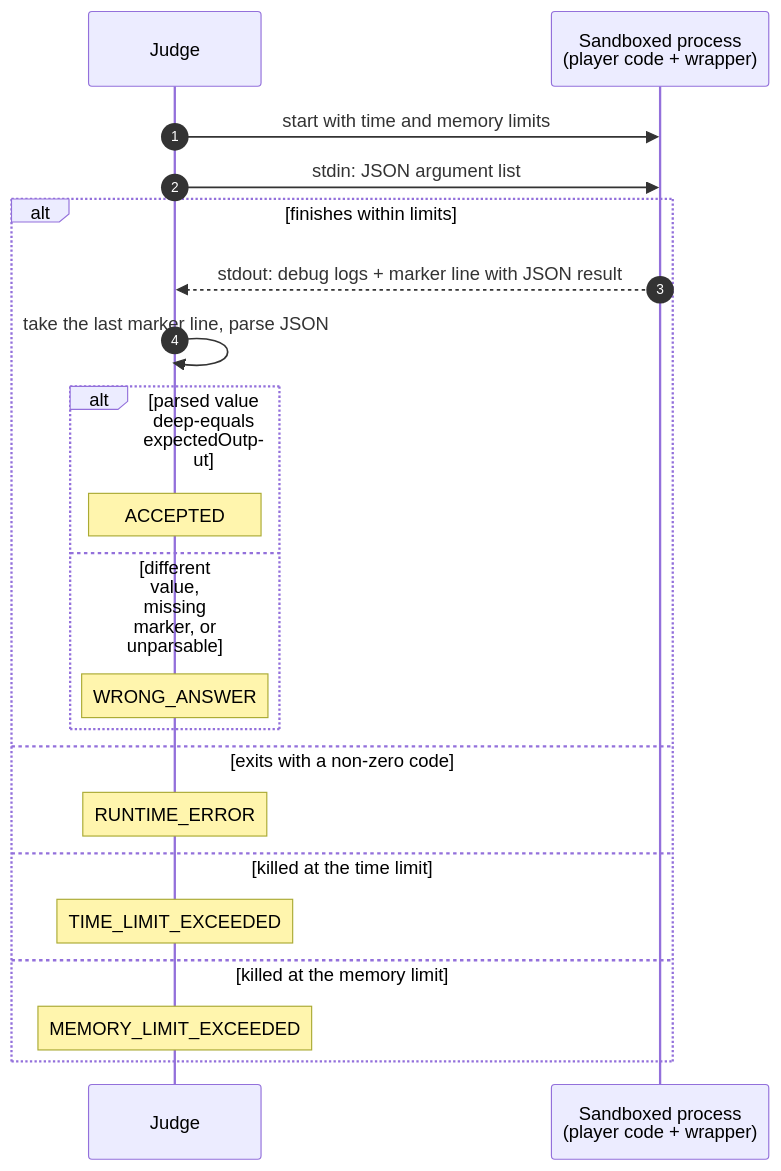
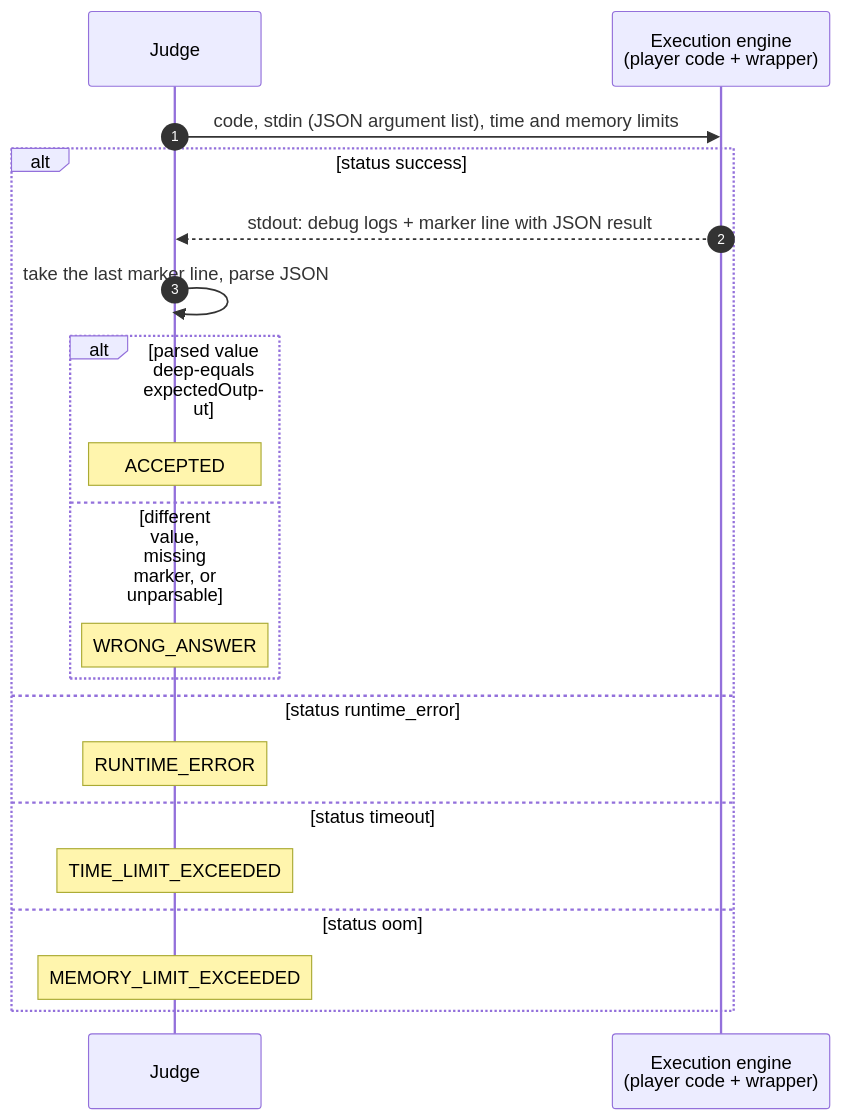
Before and after one commit to Vlad193M/Code-Arena: the diagram in apps/api/docs/judging.md, drawn with Mermaid. The commit also changed other lines of this file and 10 other files, not shown here.

Commit message:
feat(execution): run untrusted JavaScript in an isolate with time and memory limits.

````diff
--- a/apps/api/docs/judging.md
+++ b/apps/api/docs/judging.md
@@ -79,24 +82,23 @@
 ```mermaid
 sequenceDiagram
     autonumber
     participant J as Judge
-    participant P as Sandboxed process<br/>(player code + wrapper)
+    participant P as Execution engine<br/>(player code + wrapper)
 
-    J->>P: start with time and memory limits
-    J->>P: stdin: JSON argument list
-    alt finishes within limits
+    J->>P: code, stdin (JSON argument list), time and memory limits
+    alt status success
         P-->>J: stdout: debug logs + marker line with JSON result
         J->>J: take the last marker line, parse JSON
         alt parsed value deep-equals expectedOutput
             Note over J: ACCEPTED
         else different value, missing marker, or unparsable
             Note over J: WRONG_ANSWER
         end
-    else exits with a non-zero code
+    else status runtime_error
         Note over J: RUNTIME_ERROR
-    else killed at the time limit
+    else status timeout
         Note over J: TIME_LIMIT_EXCEEDED
-    else killed at the memory limit
+    else status oom
         Note over J: MEMORY_LIMIT_EXCEEDED
     end
 ```
````
